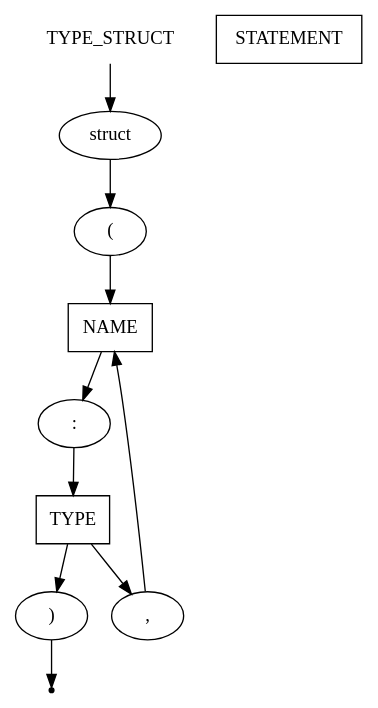
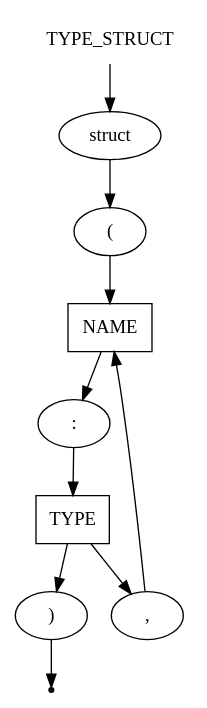
Before and after one commit to mshnschnko/ProMa: the diagram in src/CodeParser/grammar/type_struct.gv, drawn with Graphviz. The commit also changed 4 other files, not shown here.

```diff
--- a/src/CodeParser/grammar/type_struct.gv
+++ b/src/CodeParser/grammar/type_struct.gv
@@ -1,22 +1,21 @@
 digraph TYPE_STRUCT{
     start [label=TYPE_STRUCT shape=plaintext]
     struct [label=struct shape=oval]
     open [label="(" shape=oval]
     name [label=NAME shape=box]
     type [label=TYPE shape=box]
-    statement [label=STATEMENT shape=box]
     close [label=")" shape=oval]
     comma [label="," shape=oval]
     colon [label=":" shape=oval]
     end [label="" shape=point]
 
     start -> struct
     struct -> open
     open -> name
     name -> colon
     colon -> type
     type -> comma
     comma -> name
     type -> close
     close -> end
 }
```
